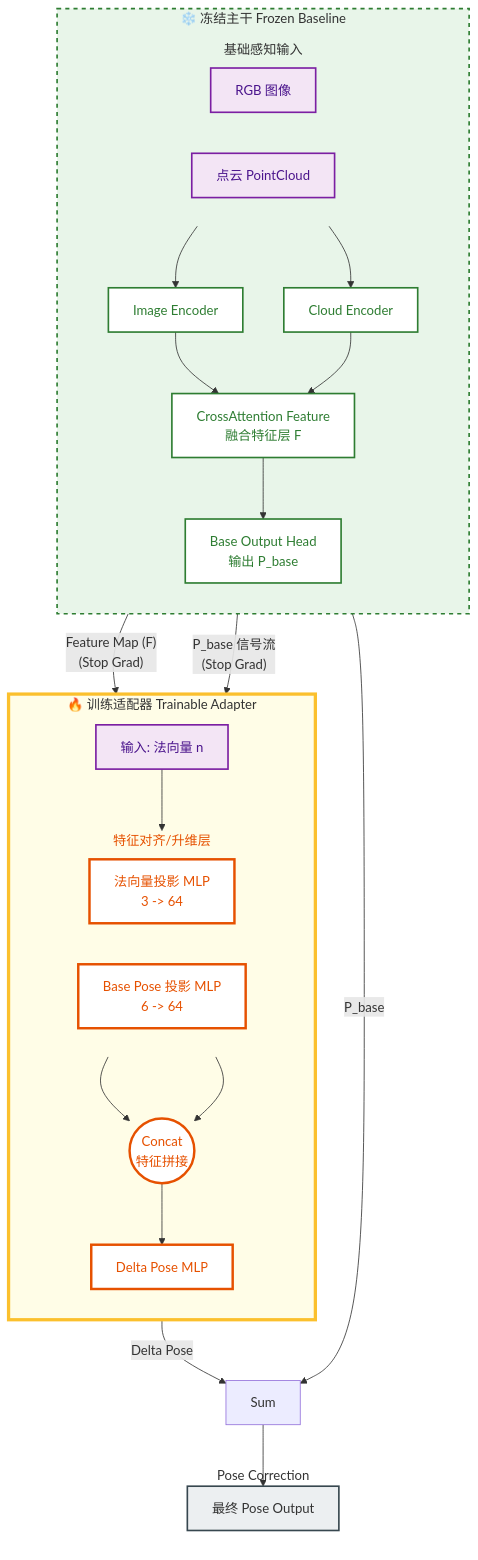
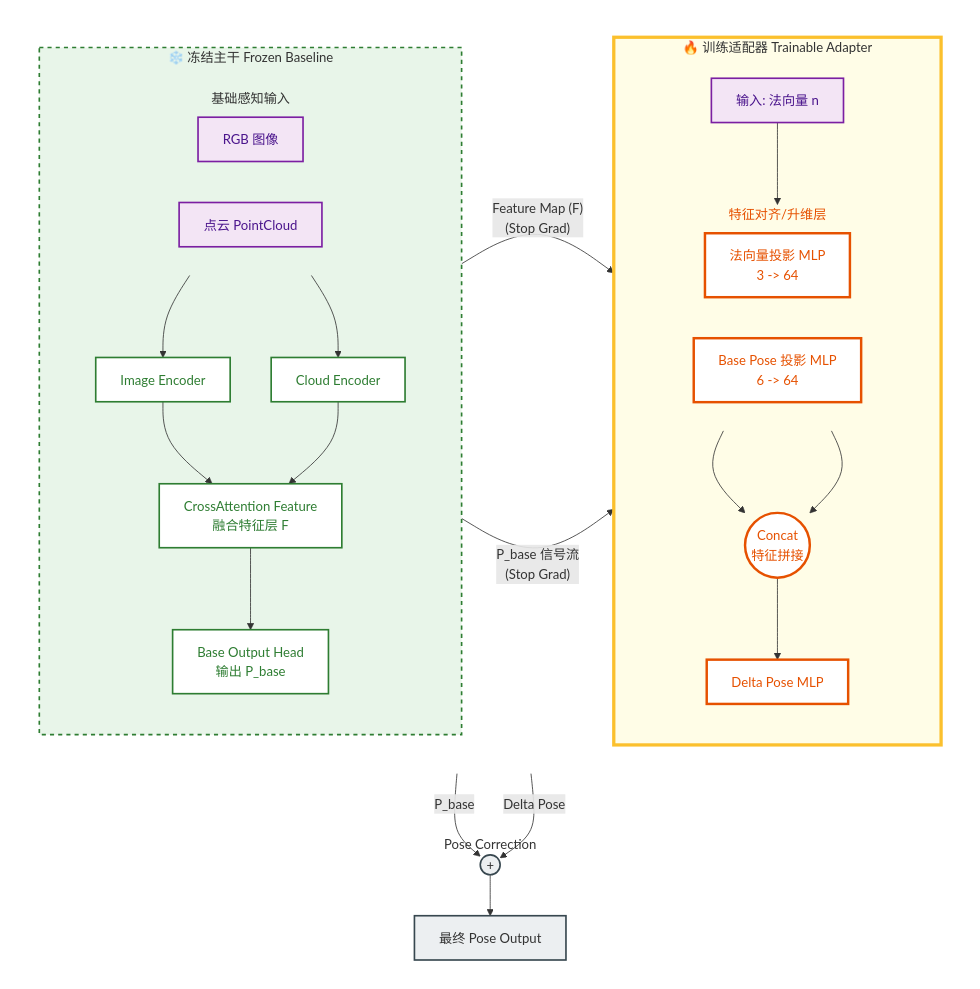
One commit to liuxiangdi/iodraw-files changed the diagram in all/未命名-1.md. Above: the diagram before and after it, drawn with Mermaid.

Commit message:
2026-01-20 12:17:46 update

````diff
--- a/all/未命名-1.md
+++ b/all/未命名-1.md
@@ -1,95 +1,94 @@
 ```mermaid
-graph TD
-    %% ================= 样式定义 =================
-    %% 1. 冻结区 (Deep Green Style)
+graph TB
+    %% ================= 样式定义 (不变) =================
     classDef frozenNode fill:#ffffff,stroke:#2e7d32,stroke-width:2px,color:#2e7d32;
-    
-    %% 2. 训练区 (Deep Orange Style)
     classDef trainableNode fill:#ffffff,stroke:#e65100,stroke-width:3px,color:#e65100;
-    
-    %% 3. 输入节点 (Purple Style)
     classDef inputNode fill:#f3e5f5,stroke:#7b1fa2,stroke-width:2px,color:#4a148c;
-    
-    %% 4. 输出节点 (Grey Style)
     classDef outputNode fill:#eceff1,stroke:#37474f,stroke-width:2px;
 
-    %% ================= 布局结构 =================
-    
-    %% ---------------- 左侧：冻结区域 ----------------
-    subgraph LEFT_ZONE [❄️ 冻结主干 Frozen Baseline]
-        direction TB
+    %% ================= 顶层容器：用于强制左右并列 =================
+    subgraph MAIN_CONTAINER [ ]
+        direction LR
         
-        subgraph INPUTS_L [基础感知输入]
-            direction LR
-            Img[RGB 图像]:::inputNode
-            PC[点云 PointCloud]:::inputNode
+        %% ---------------- 左侧：冻结区域 ----------------
+        subgraph LEFT_ZONE [❄️ 冻结主干 Frozen Baseline]
+            direction TB
+            
+            subgraph INPUTS_L [基础感知输入]
+                direction LR
+                Img[RGB 图像]:::inputNode
+                PC[点云 PointCloud]:::inputNode
+            end
+
+            ImgEnc[Image Encoder]:::frozenNode
+            PCEnc[Cloud Encoder]:::frozenNode
+            
+            Fusion[CrossAttention Feature<br/>融合特征层 F]:::frozenNode
+            
+            BaseHead[Base Output Head<br/>输出 P_base]:::frozenNode
+            
+            %% 连接
+            Img --> ImgEnc
+            PC --> PCEnc
+            ImgEnc --> Fusion
+            PCEnc --> Fusion
+            Fusion --> BaseHead
         end
 
-        ImgEnc[Image Encoder]:::frozenNode
-        PCEnc[Cloud Encoder]:::frozenNode
-        
-        Fusion[CrossAttention Feature<br/>融合特征层 F]:::frozenNode
-        
-        BaseHead[Base Output Head<br/>输出 P_base]:::frozenNode
-        
-        %% 左侧连接
-        Img --> ImgEnc
-        PC --> PCEnc
-        ImgEnc --> Fusion
-        PCEnc --> Fusion
-        Fusion --> BaseHead
+        %% ---------------- 右侧：训练区域 ----------------
+        subgraph RIGHT_ZONE [🔥 训练适配器 Trainable Adapter]
+            direction TB
+            
+            %% 外部输入
+            Normal[输入: 法向量 n]:::inputNode
+
+            %% 并行投影层
+            subgraph Embeddings [特征对齐/升维层]
+                direction LR
+                NormEmbed[法向量投影 MLP<br/>3 -> 64]:::trainableNode
+                PoseEmbed[Base Pose 投影 MLP<br/>6 -> 64]:::trainableNode
+            end
+            
+            %% 汇聚与预测
+            Concat((Concat<br/>特征拼接)):::trainableNode
+            DeltaNet[Delta Pose MLP]:::trainableNode
+            
+            %% 连接
+            Normal --> NormEmbed
+            NormEmbed --> Concat
+            PoseEmbed --> Concat
+            Concat --> DeltaNet
+        end
     end
 
-    %% ---------------- 右侧：训练区域 ----------------
-    subgraph RIGHT_ZONE [🔥 训练适配器 Trainable Adapter]
-        direction TB
-        
-        %% 1. 外部输入
-        Normal[输入: 法向量 n]:::inputNode
-
-        %% 2. 两个并行的 MLP 投影层 (直接接收原始数据)
-        subgraph Embeddings [特征对齐/升维层]
-            direction LR
-            NormEmbed[法向量投影 MLP<br/>3 -> 64]:::trainableNode
-            PoseEmbed[Base Pose 投影 MLP<br/>6 -> 64]:::trainableNode
-        end
-        
-        %% 3. 唯一的汇聚点
-        Concat((Concat<br/>特征拼接)):::trainableNode
-        
-        %% 4. 预测头
-        DeltaNet[Delta Pose MLP]:::trainableNode
-        
-        %% 右侧连接
-        Normal --> NormEmbed
-        NormEmbed --> Concat
-        PoseEmbed --> Concat
-        Concat --> DeltaNet
-    end
-
-    %% ---------------- 底部：输出 ----------------
+    %% ---------------- 底部：全局输出 (在容器外) ----------------
     subgraph OUTPUT_ZONE [Pose Correction]
+        Sum((+)):::outputNode
         FinalOut[最终 Pose Output]:::outputNode
     end
 
-    %% ================= 跨区域核心连接 (去重化) =================
+    %% ================= 跨区域核心连接 =================
 
-    %% 1. 特征直接连 Concat
+    %% 1. 特征图跨越 (从左到右)
     Fusion --"Feature Map (F)<br/>(Stop Grad)"--> Concat
 
-    %% 2. Base Pose 直接连 MLP (不做中间节点)
+    %% 2. Base Pose 跨越 (从左到右)
     BaseHead --"P_base 信号流<br/>(Stop Grad)"--> PoseEmbed
 
-    %% 3. 最终加法
+    %% 3. 结果汇聚 (向下)
     BaseHead --"P_base"--> Sum
     DeltaNet --"Delta Pose"--> Sum
     Sum --> FinalOut
 
-    %% ================= 区域背景 =================
+    %% ================= 样式设置 =================
+    %% 隐藏最外层容器边框
+    style MAIN_CONTAINER fill:none,stroke:none
+
+    %% 区域颜色
     style LEFT_ZONE fill:#e8f5e9,stroke:#2e7d32,stroke-width:2px,stroke-dasharray: 5 5
     style RIGHT_ZONE fill:#fffde7,stroke:#fbc02d,stroke-width:4px
     
-    %% 隐藏装饰性子图边框
+    %% 隐藏装饰性子图
     style INPUTS_L fill:none,stroke:none
     style Embeddings fill:none,stroke:none,color:#e65100
     style OUTPUT_ZONE fill:none,stroke:none
````
